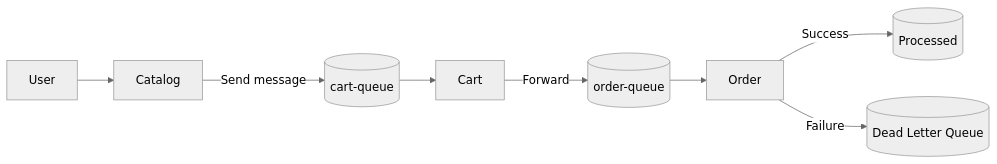
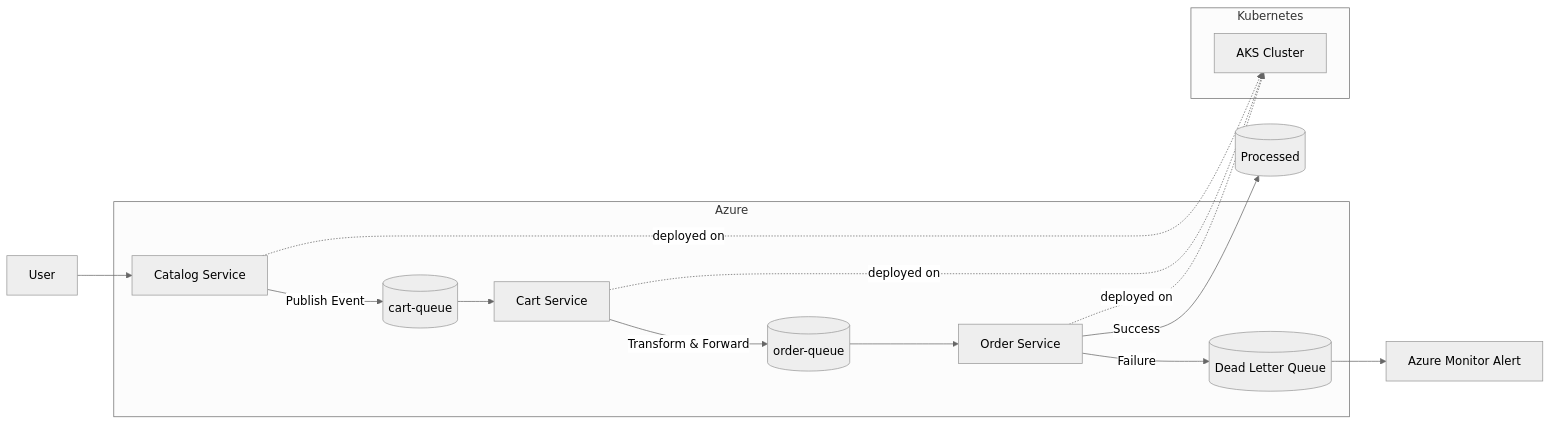
One commit to IbNdah/readit-azure-cloud-architecture changed the diagram in README.md. Above: the diagram before and after it, drawn with Mermaid (neutral theme). The commit also changed other lines of this file and 10 other files, not shown here.

````diff
--- a/README.md
+++ b/README.md
@@ -65,10 +134,36 @@
 ```mermaid
 flowchart LR
-    User --> Catalog
-    Catalog -->|Send message| CartQueue[(cart-queue)]
-    CartQueue --> Cart
-    Cart -->|Forward| OrderQueue[(order-queue)]
-    OrderQueue --> Order
-    Order -->|Success| Done[(Processed)]
+
+    User[User] --> Catalog[Catalog Service]
+
+    Catalog -->|Publish Event| CartQueue[(cart-queue)]
+
+    CartQueue --> Cart[Cart Service]
+
+    Cart -->|Transform & Forward| OrderQueue[(order-queue)]
+
+    OrderQueue --> Order[Order Service]
+
+    Order -->|Success| Success[(Processed)]
+
     Order -->|Failure| DLQ[(Dead Letter Queue)]
+
+    DLQ --> Alert[Azure Monitor Alert]
+
+    subgraph Azure
+        Catalog
+        Cart
+        Order
+        CartQueue
+        OrderQueue
+        DLQ
+    end
+
+    subgraph Kubernetes
+        AKS[AKS Cluster]
+    end
+
+    Catalog -. deployed on .-> AKS
+    Cart -. deployed on .-> AKS
+    Order -. deployed on .-> AKS
 ```
````
